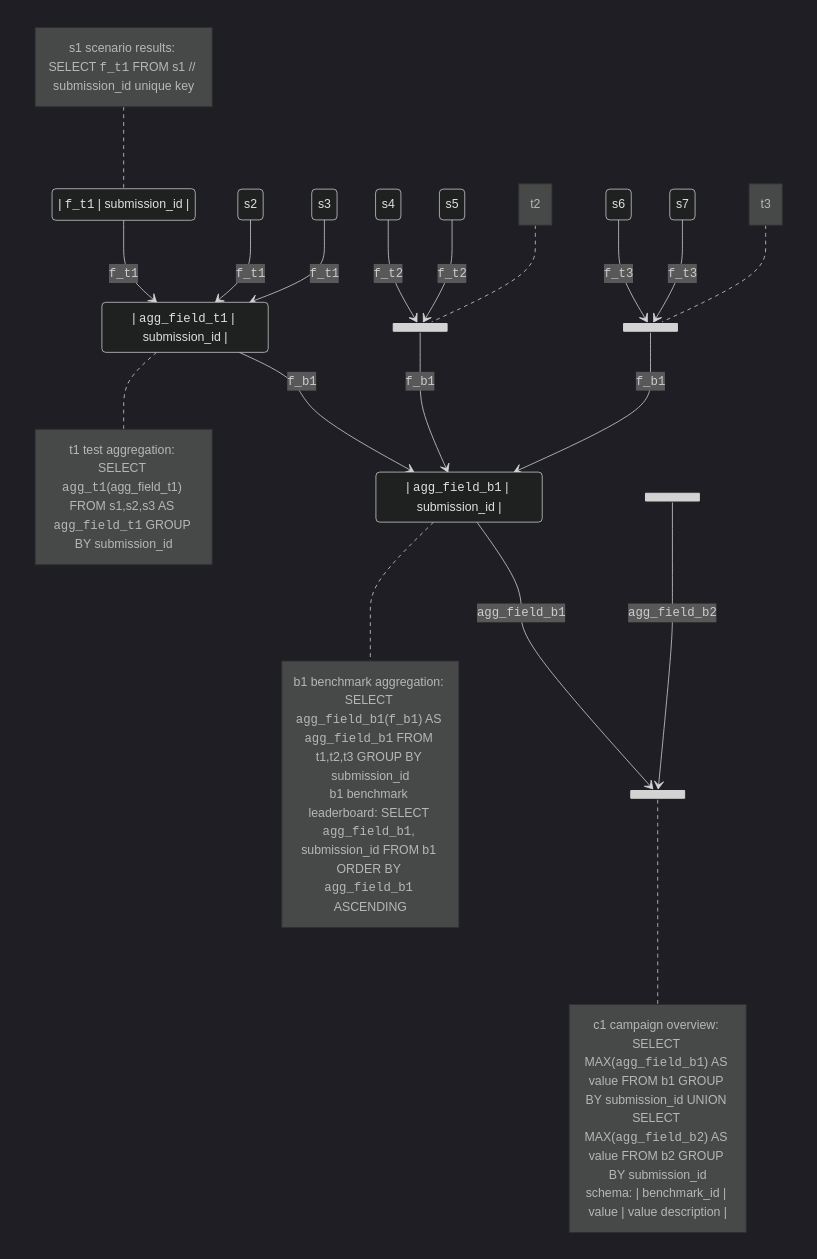
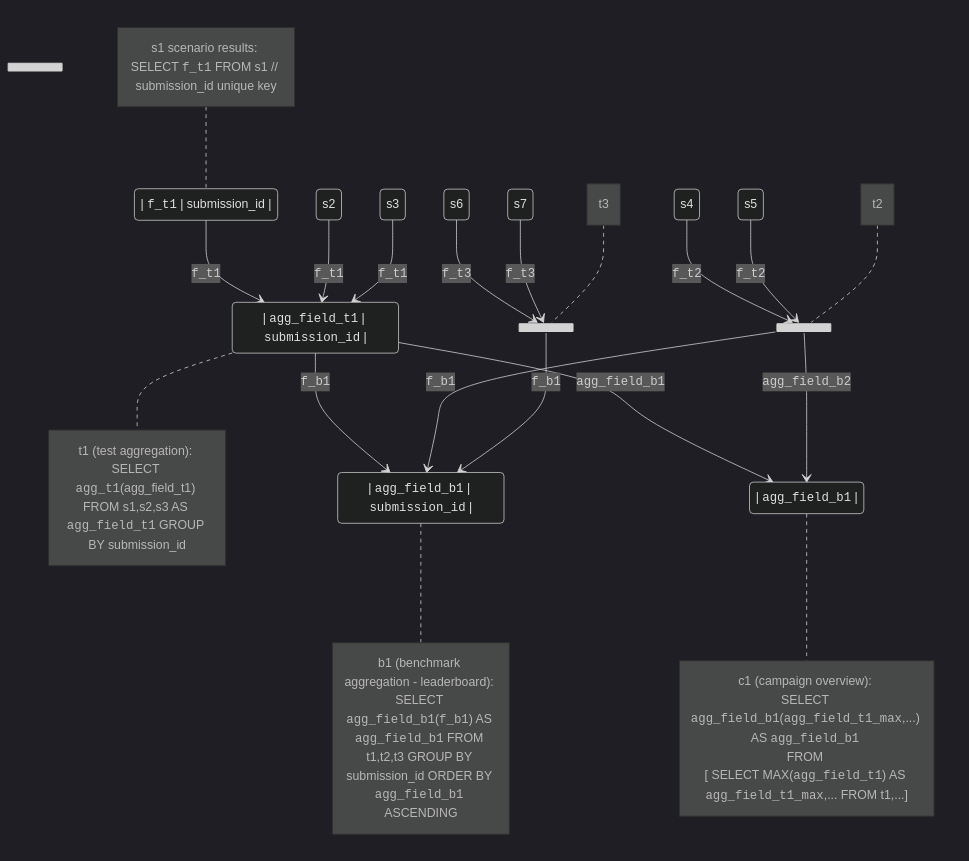
Before and after one commit to flatland-association/flatland-benchmarks: the second of 14 diagrams in docs/ARCHITECTURE.md, drawn with Mermaid (dark theme).

Commit message:
Update pseudo-SQL

````diff
--- a/docs/ARCHITECTURE.md
+++ b/docs/ARCHITECTURE.md
@@ -418,44 +418,43 @@
 ```mermaid
 stateDiagram-v2
   state t1 <<join>>
   state t2 <<join>>
   state t3 <<join>>
   state b1 <<join>>
   state b2 <<join>>
   state c1 <<join>>
   state "| <code>f_t1</code> | submission_id |" as s1
-  state "| <code>agg_field_t1</code> | submission_id |" as t1
-  state "| <code>agg_field_b1</code> | submission_id |" as b1
+  state "| <code>agg_field_t1</code> | <code>submission_id</code> |" as t1
+  state "| <code>agg_field_b1</code> | <code>submission_id</code> |" as b1
+  state "| <code>agg_field_b1</code> |" as c1
   s1 --> t1: <code>f_t1</code>
   note left of s1
     s1 scenario results: SELECT <code>f_t1</code> FROM s1 // submission_id unique key
   end note
   s2 --> t1: <code>f_t1</code>
   s3 --> t1: <code>f_t1</code>
   s4 --> t2: <code>f_t2</code>
   s5 --> t2: <code>f_t2</code>
   s6 --> t3: <code>f_t3</code>
   s7 --> t3: <code>f_t3</code>
   t1 --> b1: <code>f_b1</code>
   t2 --> b1: <code>f_b1</code>
   t3 --> b1: <code>f_b1</code>
   note right of t1
-    t1 test aggregation: SELECT <code>agg_t1</code>(agg_field_t1) FROM s1,s2,s3 AS <code>agg_field_t1</code> GROUP BY submission_id
+    t1 (test aggregation): <br/>SELECT <code>agg_t1</code>(agg_field_t1) FROM s1,s2,s3 AS <code>agg_field_t1</code> GROUP BY submission_id
   end note
   note left of t2
     t2
   end note
   note left of t3
     t3
   end note
   note right of b1
-    b1 benchmark aggregation: SELECT <code>agg_field_b1</code>(<code>f_b1</code>) AS <code>agg_field_b1</code> FROM t1,t2,t3 GROUP BY submission_id
-    b1 benchmark leaderboard: SELECT <code>agg_field_b1</code>, submission_id FROM b1 ORDER BY <code>agg_field_b1</code> ASCENDING
+    b1 (benchmark aggregation - leaderboard): <br/>SELECT <code>agg_field_b1</code>(<code>f_b1</code>) AS <code>agg_field_b1</code> FROM t1,t2,t3 GROUP BY submission_id ORDER BY <code>agg_field_b1</code> ASCENDING
   end note
-  b1 --> c1: <code>agg_field_b1</code>
-  b2 --> c1: <code>agg_field_b2</code>
+  t1 --> c1: <code>agg_field_b1</code>
+  t2 --> c1: <code>agg_field_b2</code>
   note right of c1
-    c1 campaign overview: SELECT MAX(<code>agg_field_b1</code>) AS value FROM b1 GROUP BY submission_id UNION SELECT MAX(<code>agg_field_b2</code>) AS value FROM b2 GROUP BY submission_id
-    schema: | benchmark_id | value | value description |
+    c1 (campaign overview): <br/>SELECT <code>agg_field_b1</code>(<code>agg_field_t1_max</code>,...) AS <code>agg_field_b1</code> <br/>FROM <br/>[ SELECT MAX(<code>agg_field_t1</code>) AS <code>agg_field_t1_max</code>,... FROM t1,...]
   end note
 ```
````
